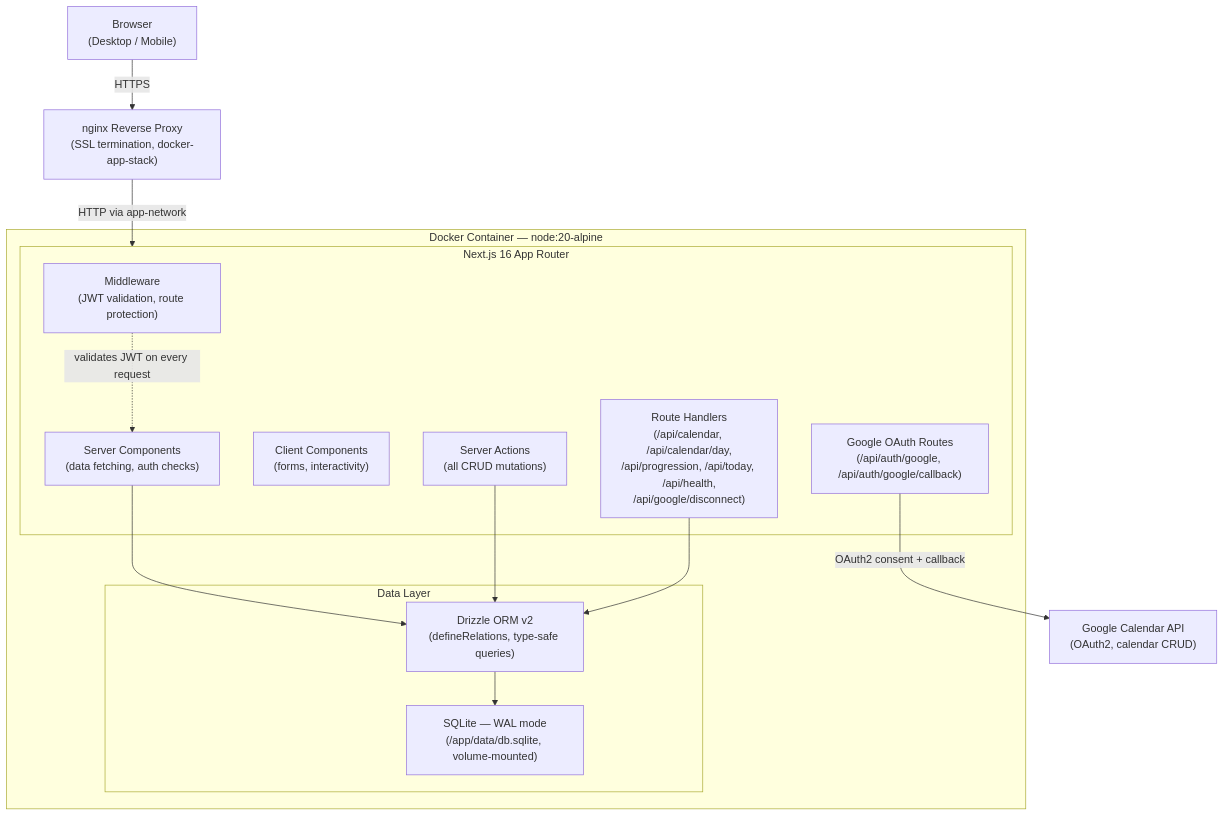
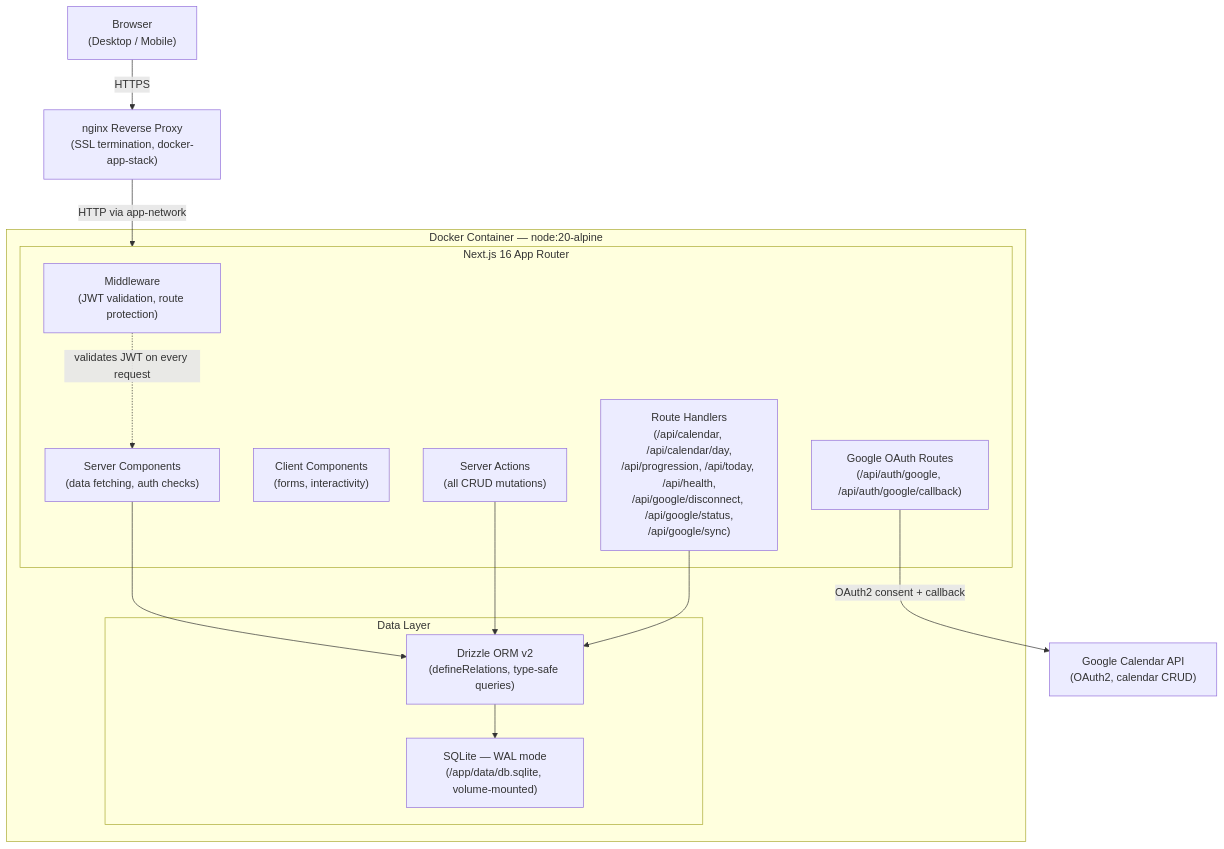
The first of 2 diagrams in docs/architecture.md (yaronmolho1/fitness-app), drawn with Mermaid before and after one commit. The commit also changed other lines of this file and 14 other files, not shown here.

First line of the commit message:
feat: [T210] Google Calendar re-sync + status display (#475)

````diff
--- a/docs/architecture.md
+++ b/docs/architecture.md
@@ -19,31 +19,31 @@
 ```mermaid
 graph TD
     Browser["Browser\n(Desktop / Mobile)"]
     Nginx["nginx Reverse Proxy\n(SSL termination, docker-app-stack)"]
     GoogleAPI["Google Calendar API\n(OAuth2, calendar CRUD)"]
 
     subgraph Docker["Docker Container — node:20-alpine"]
         subgraph NextApp["Next.js 16 App Router"]
             MW["Middleware\n(JWT validation, route protection)"]
             SC["Server Components\n(data fetching, auth checks)"]
             CC["Client Components\n(forms, interactivity)"]
             SA["Server Actions\n(all CRUD mutations)"]
-            RH["Route Handlers\n(/api/calendar, /api/calendar/day,\n/api/progression, /api/today, /api/health,\n/api/google/disconnect)"]
+            RH["Route Handlers\n(/api/calendar, /api/calendar/day,\n/api/progression, /api/today, /api/health,\n/api/google/disconnect, /api/google/status,\n/api/google/sync)"]
             GoogleAuth["Google OAuth Routes\n(/api/auth/google, /api/auth/google/callback)"]
         end
 
         subgraph DataLayer["Data Layer"]
             Drizzle["Drizzle ORM v2\n(defineRelations, type-safe queries)"]
             SQLite["SQLite — WAL mode\n(/app/data/db.sqlite, volume-mounted)"]
         end
     end
 
     Browser -->|HTTPS| Nginx
     Nginx -->|HTTP via app-network| NextApp
     MW -.->|validates JWT on every request| SC
     SC --> Drizzle
     SA --> Drizzle
     RH --> Drizzle
     Drizzle --> SQLite
     GoogleAuth -->|OAuth2 consent + callback| GoogleAPI
 ```
````
